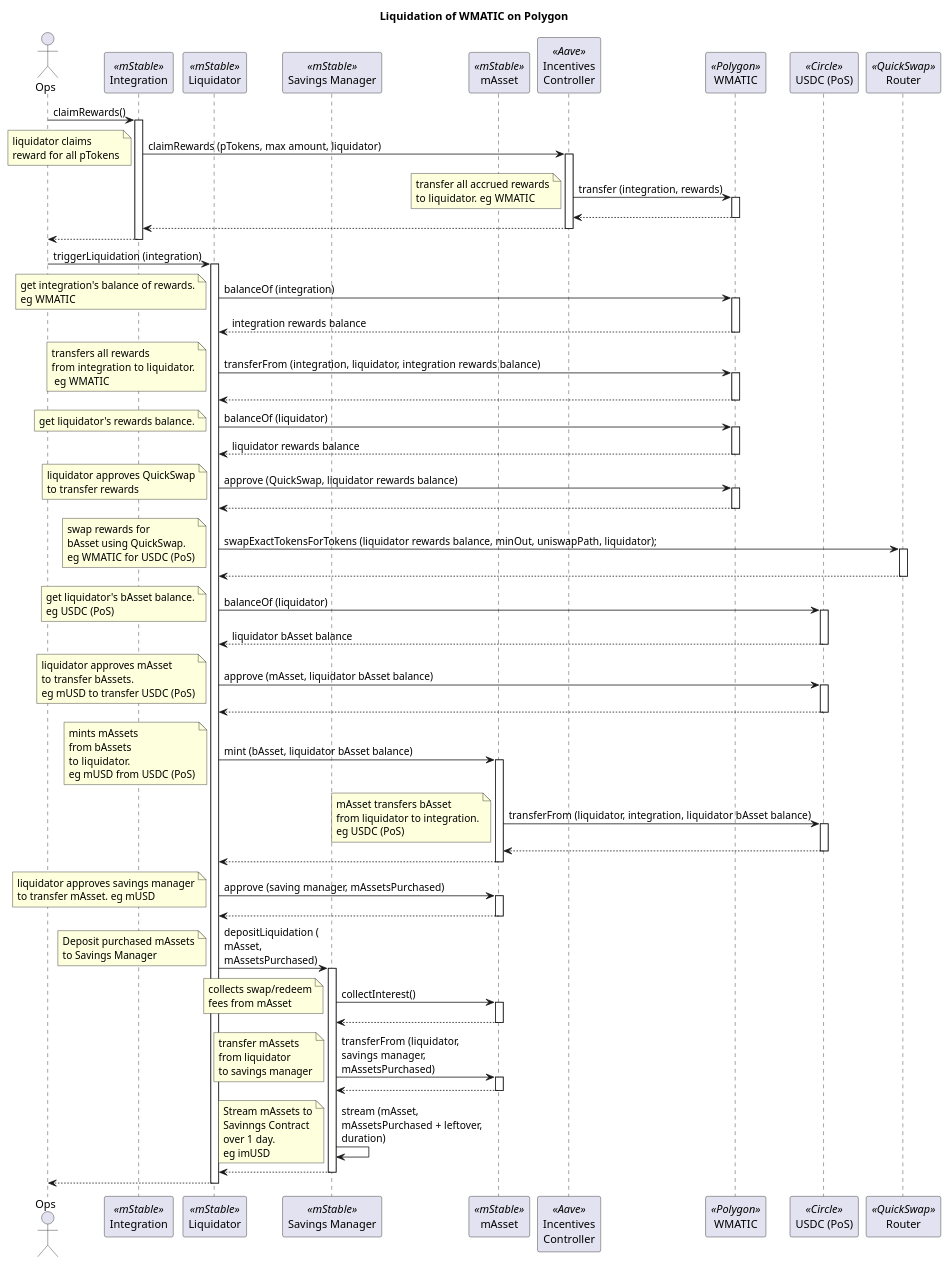
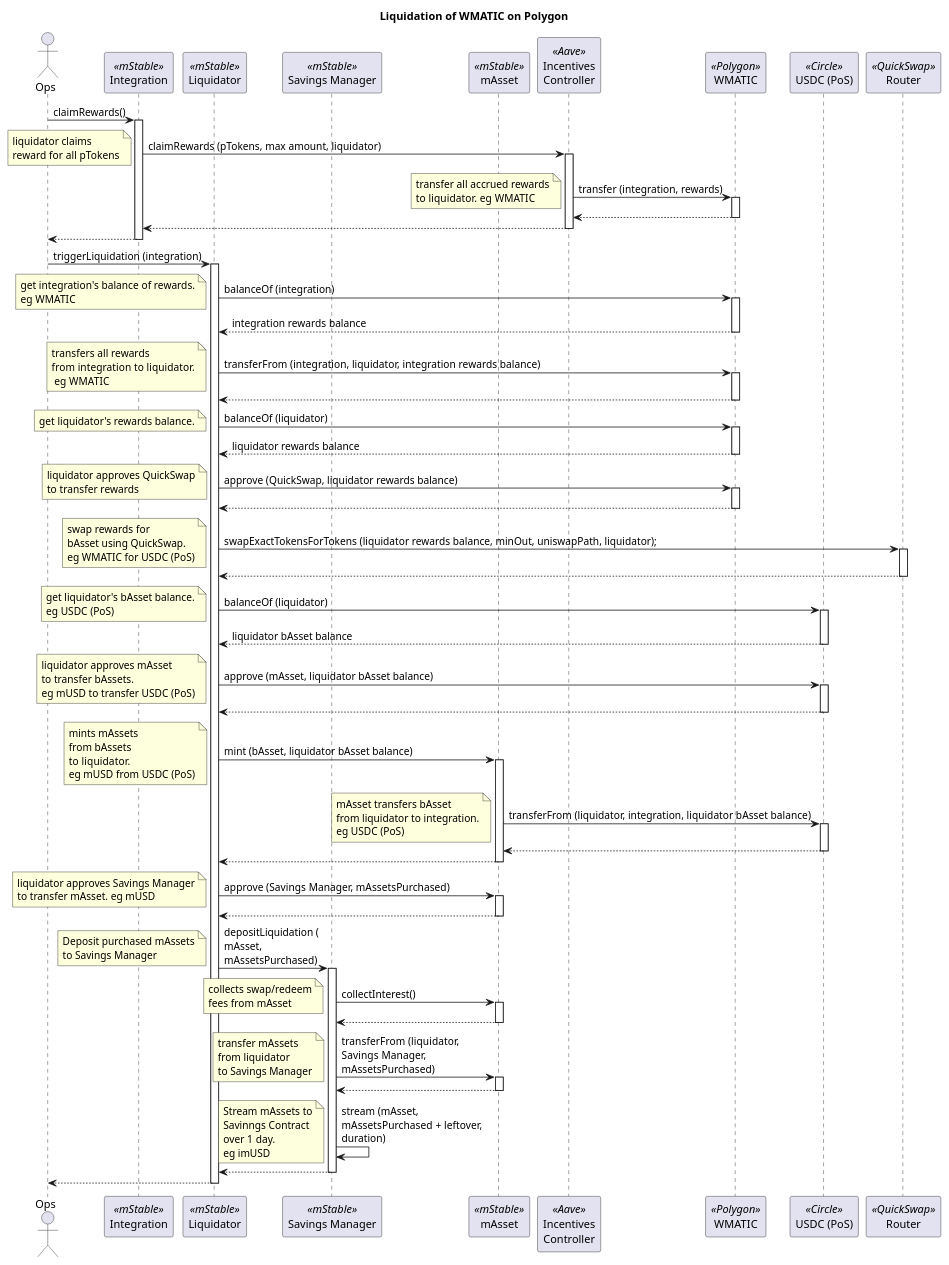
Before and after one commit to mstable/mStable-process-docs: the diagram in liquidations/maticLiquidationPolygon.puml, drawn with PlantUML. The commit also changed 17 other files, not shown here.

```diff
--- a/liquidations/maticLiquidationPolygon.puml
+++ b/liquidations/maticLiquidationPolygon.puml
@@ -1,95 +1,95 @@
 @startuml
 
 title "Liquidation of WMATIC on Polygon"
  
 actor Ops as ops
 participant "Integration" as int <<mStable>>
 participant "Liquidator" as liq <<mStable>>
 participant "Savings Manager" as sm <<mStable>>
 participant "mAsset" as mAsset <<mStable>>
 participant "Incentives\nController" as ic <<Aave>>
 ' participant "Aave" as aave <<Aave>>
 participant "WMATIC" as matic <<Polygon>>
 participant "USDC (PoS)" as usdc <<Circle>>
 participant "Router" as qs <<QuickSwap>>
 
 ops -> int : claimRewards()
 activate int
 int -> ic : claimRewards (pTokens, max amount, liquidator)
 note left : liquidator claims\nreward for all pTokens
 activate ic
 ic -> matic : transfer (integration, rewards)
 note left : transfer all accrued rewards\nto liquidator. eg WMATIC
 activate matic
 return
 return
 return
 
 ops -> liq : triggerLiquidation (integration)
 activate liq
 liq -> matic : balanceOf (integration)
 activate matic
 note left : get integration's balance of rewards.\neg WMATIC
 return integration rewards balance
 liq -> matic : transferFrom (integration, liquidator, integration rewards balance)
 note left : transfers all rewards\nfrom integration to liquidator.\n eg WMATIC
 activate matic
 return
 
 liq -> matic : balanceOf (liquidator)
 activate matic
 note left : get liquidator's rewards balance.
 return liquidator rewards balance
 
 liq -> matic : approve (QuickSwap, liquidator rewards balance)
 activate matic
 note left : liquidator approves QuickSwap\nto transfer rewards
 return
 
 liq -> qs : swapExactTokensForTokens (liquidator rewards balance, minOut, uniswapPath, liquidator);
 activate qs
 note left : swap rewards for\nbAsset using QuickSwap.\neg WMATIC for USDC (PoS)
 return
 
 liq -> usdc : balanceOf (liquidator)
 activate usdc
 note left: get liquidator's bAsset balance.\neg USDC (PoS)
 return liquidator bAsset balance
 
 liq -> usdc : approve (mAsset, liquidator bAsset balance)
 activate usdc
 note left : liquidator approves mAsset\nto transfer bAssets.\neg mUSD to transfer USDC (PoS)
 return
 
 liq -> mAsset : mint (bAsset, liquidator bAsset balance)
 activate mAsset
 note left : mints mAssets\nfrom bAssets\nto liquidator.\neg mUSD from USDC (PoS)
 mAsset -> usdc : transferFrom (liquidator, integration, liquidator bAsset balance)
 activate usdc
 note left : mAsset transfers bAsset\nfrom liquidator to integration.\neg USDC (PoS)
 return
 return
 
 
-liq -> mAsset : approve (saving manager, mAssetsPurchased)
+liq -> mAsset : approve (Savings Manager, mAssetsPurchased)
 activate mAsset
-note left : liquidator approves savings manager\nto transfer mAsset. eg mUSD
+note left : liquidator approves Savings Manager\nto transfer mAsset. eg mUSD
 return
 liq -> sm : depositLiquidation (\nmAsset,\nmAssetsPurchased)
 activate sm
 note left : Deposit purchased mAssets\nto Savings Manager
 sm -> mAsset : collectInterest()
 activate mAsset
 note left : collects swap/redeem\nfees from mAsset
 return
-sm -> mAsset : transferFrom (liquidator,\nsavings manager,\nmAssetsPurchased)
+sm -> mAsset : transferFrom (liquidator,\nSavings Manager,\nmAssetsPurchased)
 activate mAsset
-note left : transfer mAssets\nfrom liquidator\nto savings manager
+note left : transfer mAssets\nfrom liquidator\nto Savings Manager
 return
 sm -> sm : stream (mAsset,\nmAssetsPurchased + leftover,\nduration)
 note left : Stream mAssets to\nSavinngs Contract\nover 1 day.\neg imUSD
 return
 
 return
 
 @enduml
```
